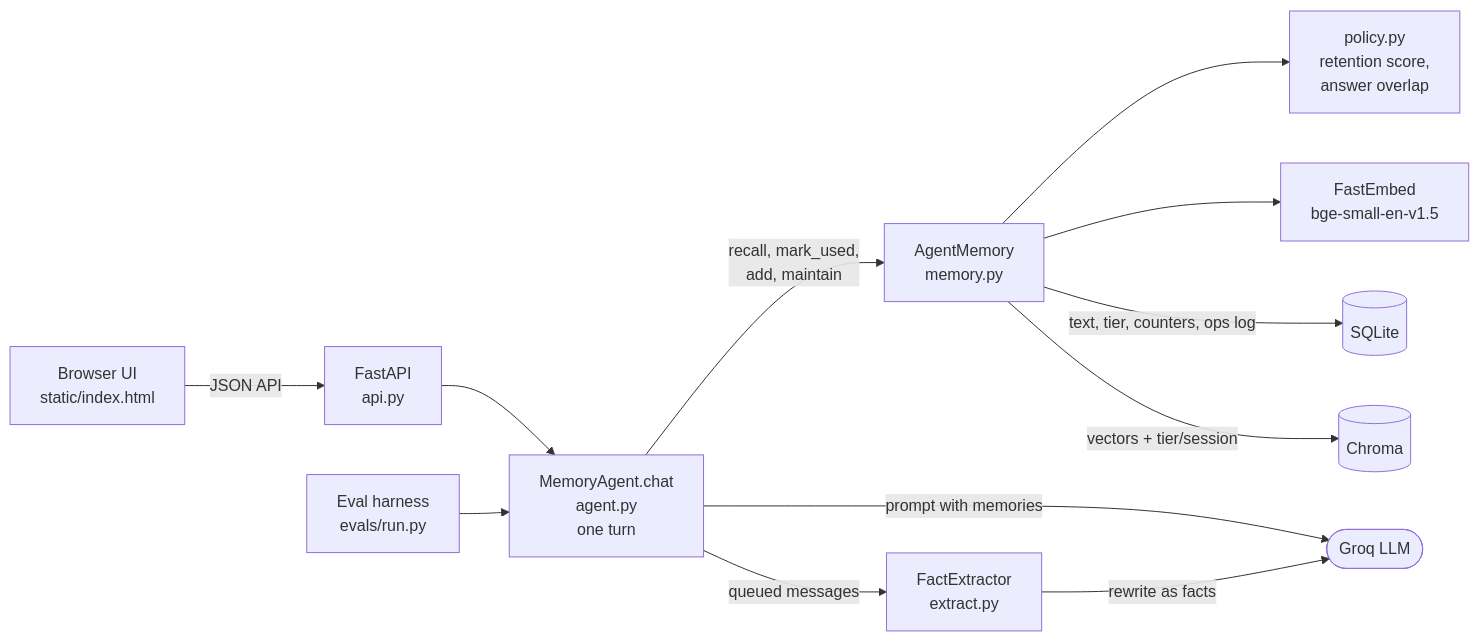
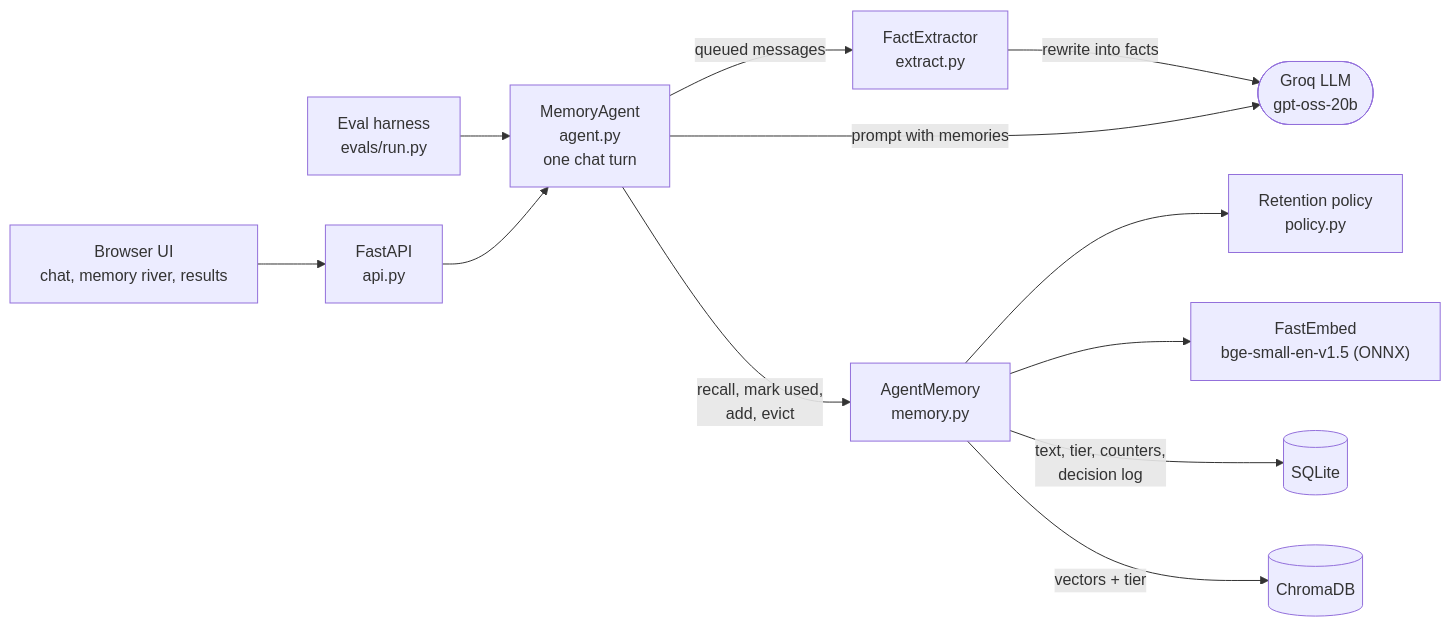
Before and after one commit to amn-00/lethe-agent-memory: the first of 3 diagrams in README.md, drawn with Mermaid. The commit also changed other lines of this file and 2 other files, not shown here.

Commit message:
final results: README case study with architecture; UI shows final setup as lethe; all claims audited against code, history and results

````diff
--- a/README.md
+++ b/README.md
@@ -55,16 +60,16 @@
 ```mermaid
 flowchart LR
-    UI["Browser UI<br/>static/index.html"] -->|JSON API| API["FastAPI<br/>api.py"]
-    API --> Agent
+    UI["Browser UI<br/>chat, memory river, results"] --> API["FastAPI<br/>api.py"]
     Evals["Eval harness<br/>evals/run.py"] --> Agent
+    API --> Agent["MemoryAgent<br/>agent.py<br/>one chat turn"]
 
-    Agent["MemoryAgent.chat<br/>agent.py<br/>one turn"] -->|"recall, mark_used,<br/>add, maintain"| Mem["AgentMemory<br/>memory.py"]
     Agent -->|"queued messages"| Extract["FactExtractor<br/>extract.py"]
-    Agent -->|"prompt with memories"| Groq(["Groq LLM"])
-    Extract -->|"rewrite as facts"| Groq
+    Extract -->|"rewrite into facts"| LLM(["Groq LLM<br/>gpt-oss-20b"])
+    Agent -->|"prompt with memories"| LLM
 
-    Mem --> Policy["policy.py<br/>retention score,<br/>answer overlap"]
-    Mem --> Embed["FastEmbed<br/>bge-small-en-v1.5"]
-    Mem -->|"text, tier, counters, ops log"| SQLite[("SQLite")]
-    Mem -->|"vectors + tier/session"| Chroma[("Chroma")]
+    Agent -->|"recall, mark used,<br/>add, evict"| Mem["AgentMemory<br/>memory.py"]
+    Mem --> Policy["Retention policy<br/>policy.py"]
+    Mem --> Embed["FastEmbed<br/>bge-small-en-v1.5 (ONNX)"]
+    Mem -->|"text, tier, counters,<br/>decision log"| SQL[("SQLite")]
+    Mem -->|"vectors + tier"| Chroma[("ChromaDB")]
 ```
````
